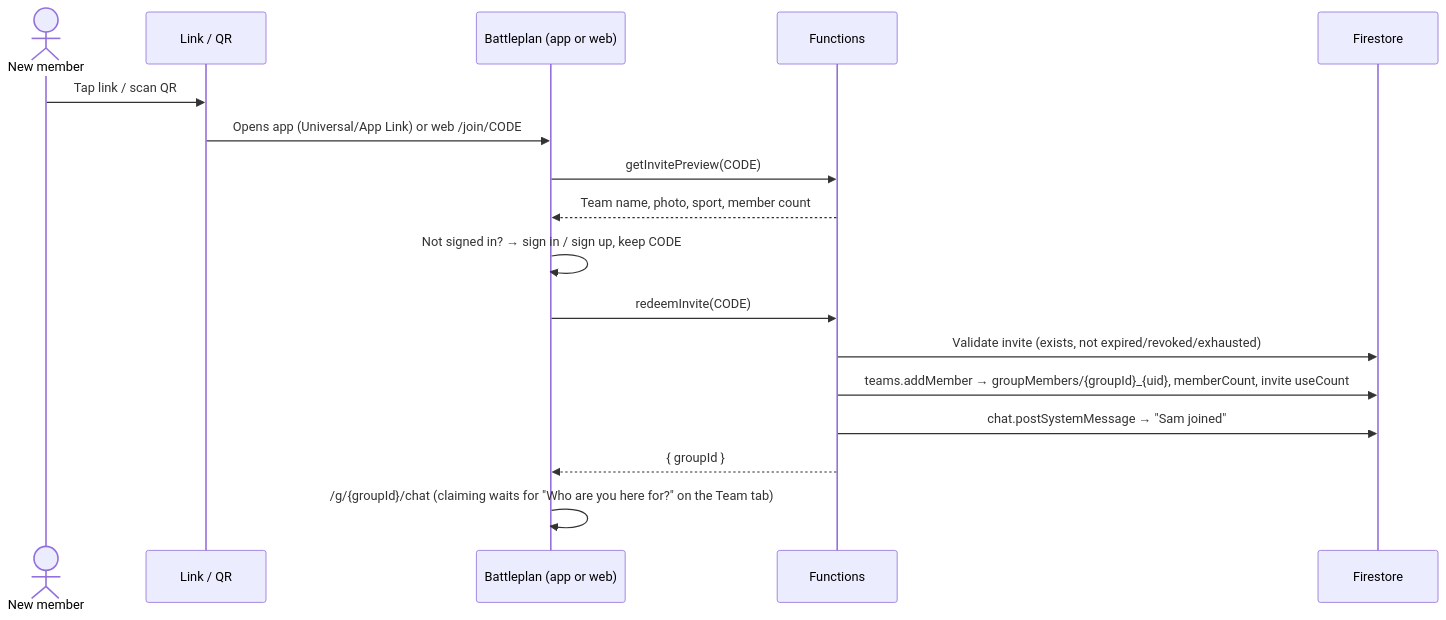
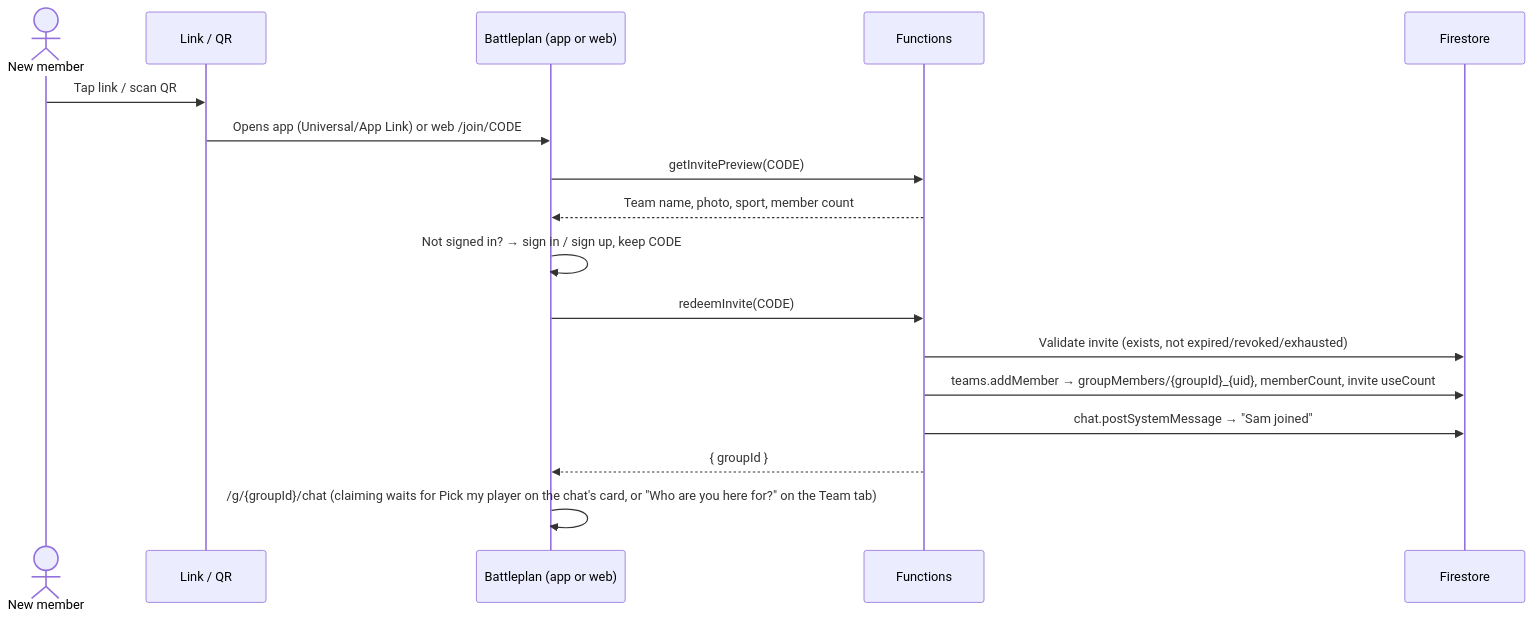
One commit to jfreema/battleplan changed the third of 4 diagrams in docs/ARCHITECTURE.md. Above: the diagram before and after it, drawn with Mermaid. The commit also changed other lines of this file and 52 other files, not shown here.

````diff
--- a/docs/ARCHITECTURE.md
+++ b/docs/ARCHITECTURE.md
@@ -1094,19 +1096,19 @@
 ```mermaid
 sequenceDiagram
   actor U as New member
   participant L as Link / QR
   participant A as Battleplan (app or web)
   participant F as Functions
   participant DB as Firestore
   U->>L: Tap link / scan QR
   L->>A: Opens app (Universal/App Link) or web /join/CODE
   A->>F: getInvitePreview(CODE)
   F-->>A: Team name, photo, sport, member count
   A->>A: Not signed in? → sign in / sign up, keep CODE
   A->>F: redeemInvite(CODE)
   F->>DB: Validate invite (exists, not expired/revoked/exhausted)
   F->>DB: teams.addMember → groupMembers/{groupId}_{uid}, memberCount, invite useCount
   F->>DB: chat.postSystemMessage → "Sam joined"
   F-->>A: { groupId }
-  A->>A: /g/{groupId}/chat (claiming waits for "Who are you here for?" on the Team tab)
+  A->>A: /g/{groupId}/chat (claiming waits for Pick my player on the chat's card, or "Who are you here for?" on the Team tab)
 ```
````
